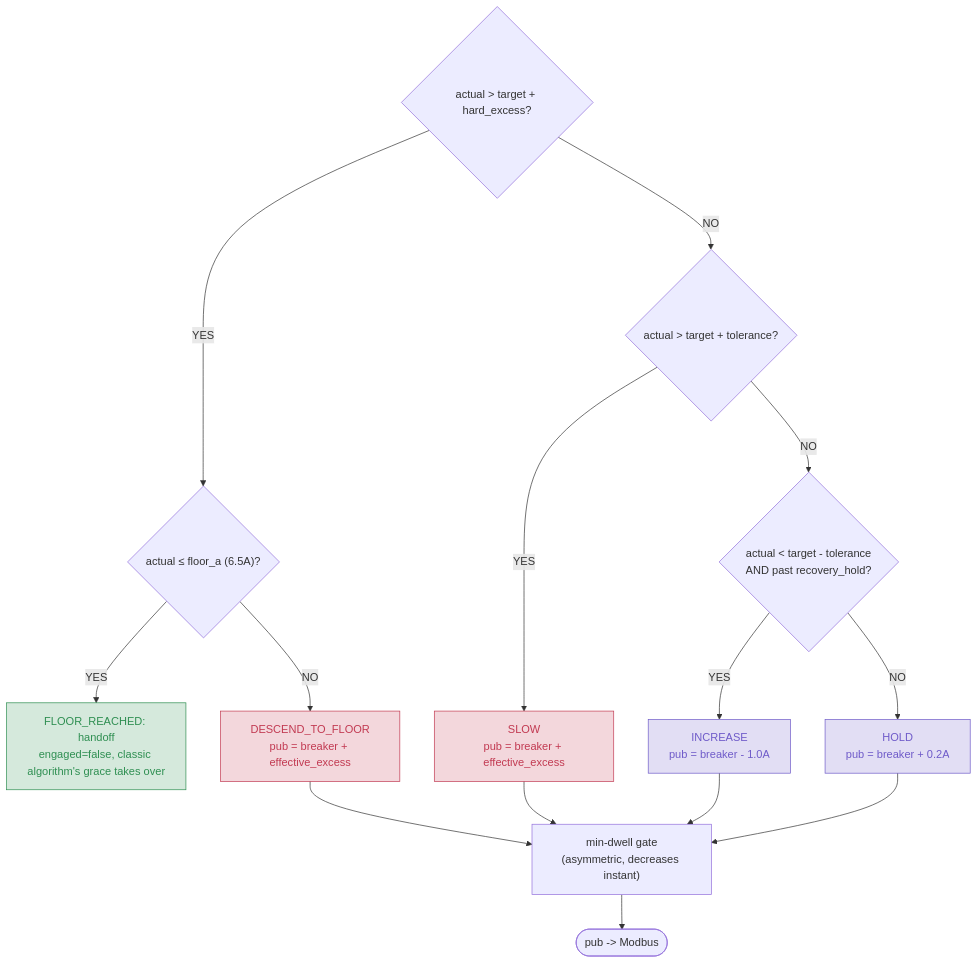
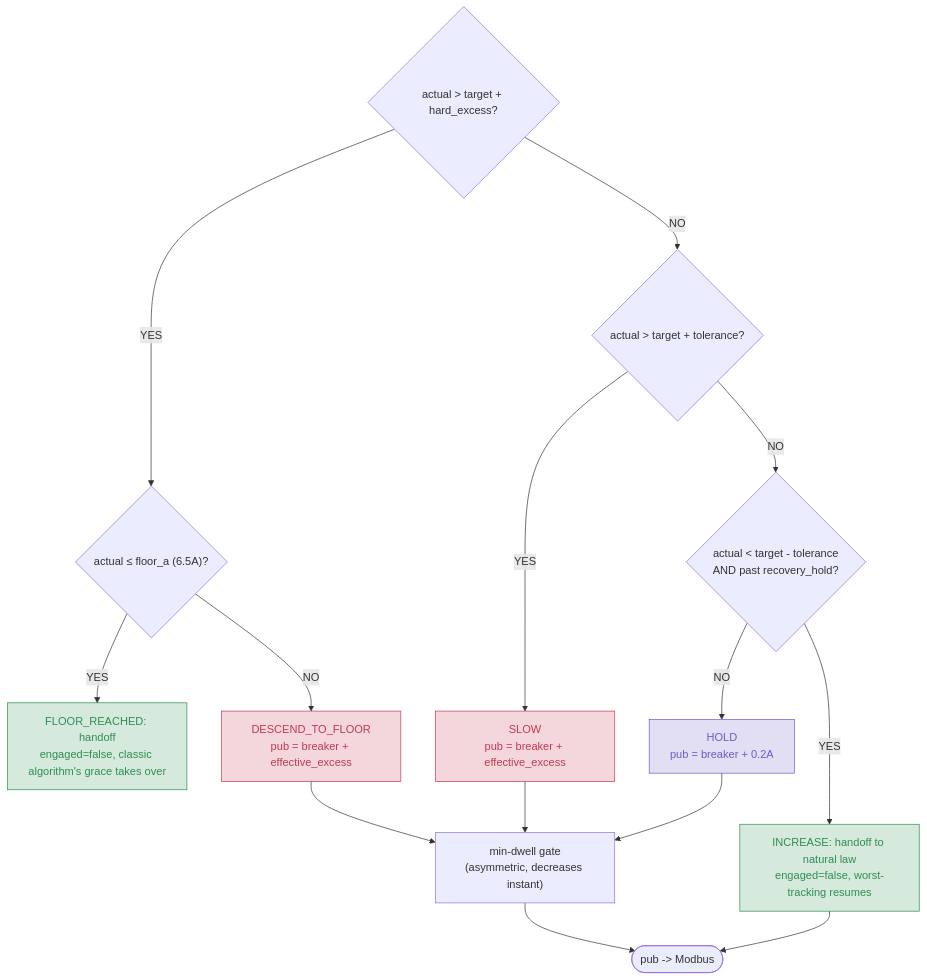
One commit to PVi1/esphome-twc-control changed the seventh of 7 diagrams in docs/decision-tree.md. Above: the diagram before and after it, drawn with Mermaid. The commit also changed other lines of this file and 1 other file, not shown here.

First line of the commit message:
docs: document multi-phase engagement, near-limit handoff, and AGG blind spot

````diff
--- a/docs/decision-tree.md
+++ b/docs/decision-tree.md
@@ -327,24 +477,24 @@
 ```mermaid
 flowchart TD
     E{"actual > target + hard_excess?"}
     E -- "YES" --> F{"actual &le; floor_a (6.5A)?"}
     F -- "YES" --> G["FLOOR_REACHED: handoff<br/>engaged=false, classic algorithm's grace takes over"]
     F -- "NO" --> H["DESCEND_TO_FLOOR<br/>pub = breaker + effective_excess"]
     E -- "NO" --> I{"actual > target + tolerance?"}
     I -- "YES" --> J["SLOW<br/>pub = breaker + effective_excess"]
     I -- "NO" --> K{"actual < target - tolerance<br/>AND past recovery_hold?"}
-    K -- "YES" --> L["INCREASE<br/>pub = breaker - 1.0A"]
+    K -- "YES" --> L["INCREASE: handoff to natural law<br/>engaged=false, worst-tracking resumes"]
     K -- "NO" --> M["HOLD<br/>pub = breaker + 0.2A"]
     H --> N["min-dwell gate<br/>(asymmetric, decreases instant)"]
     J --> N
-    L --> N
     M --> N
     N --> O(["pub -> Modbus"])
+    L --> O
     classDef floor fill:#2f8f5233,stroke:#2f8f52,color:#2f8f52
     classDef hard fill:#c23a5233,stroke:#c23a52,color:#c23a52
     classDef slow fill:#c9752233,stroke:#c97522,color:#c97522
     classDef hold fill:#6f5bc933,stroke:#6f5bc9,color:#6f5bc9
-    class G floor
+    class G,L floor
     class H,J hard
-    class L,M hold
+    class M hold
 ```
````
